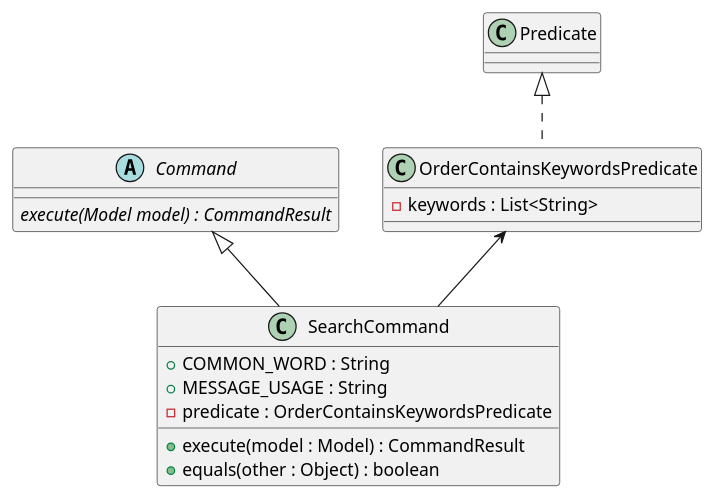
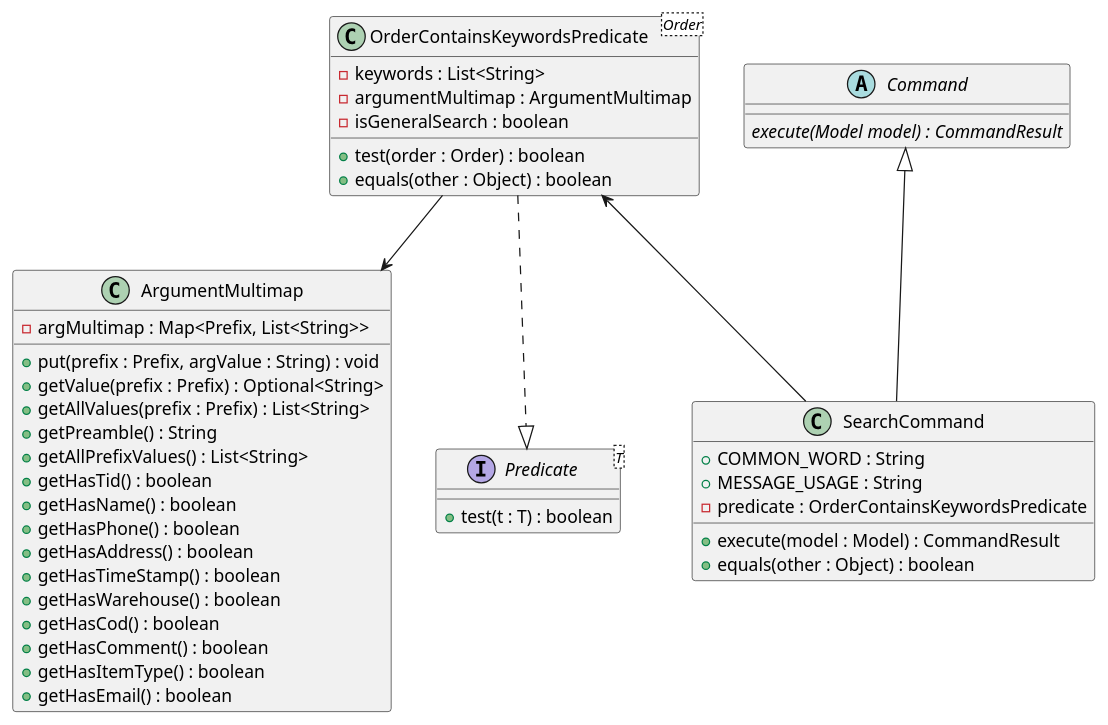
The diagram in docs/diagrams/SearchCommandClassDiagram.puml (nus-cs2103-AY1920S2/addressbook-level3), drawn with PlantUML before and after one commit. The commit also changed 7 other files, not shown here.

Commit message:
DeveloperGuide.adoc: Add sequence diagram and class diagram for Search Command

```diff
--- a/docs/diagrams/SearchCommandClassDiagram.puml
+++ b/docs/diagrams/SearchCommandClassDiagram.puml
@@ -1,33 +1,62 @@
 @startuml
+OrderContainsKeywordsPredicate -down-> ArgumentMultimap
+Command <|-- SearchCommand
+OrderContainsKeywordsPredicate <-down- SearchCommand
+OrderContainsKeywordsPredicate -[dashed]-|> Predicate
 
 abstract class Command {
     {abstract} execute(Model model) : CommandResult
 }
-
-
-Command <|-- SearchCommand
-OrderContainsKeywordsPredicate <-- SearchCommand
 
 class SearchCommand {
 'Fields of SearchCommand
 + COMMON_WORD : String
 + MESSAGE_USAGE : String
 - predicate : OrderContainsKeywordsPredicate
 
 'Methods of SearchCommand
 + execute(model : Model) : CommandResult
 + equals(other : Object) : boolean
 }
 
-class OrderContainsKeywordsPredicate implements Predicate {
+class OrderContainsKeywordsPredicate<Order> {
 'Fields of OrderContainsKeywordsPredicate
 - keywords : List<String>
+- argumentMultimap : ArgumentMultimap
+- isGeneralSearch : boolean
+
+'Methods of OrderContainsKeywordsPredicate
++ test(order : Order) : boolean
++ equals(other : Object) : boolean
 
 }
 
-class Predicate {
+interface Predicate<T> {
+'Interface Methods
++ test(t : T) : boolean
+}
 
+class ArgumentMultimap {
+'Fields of ArgumentMultimap
+- argMultimap : Map<Prefix, List<String>>
+
+'Methods of ArgumentMultimap
++ put(prefix : Prefix, argValue : String) : void
++ getValue(prefix : Prefix) : Optional<String>
++ getAllValues(prefix : Prefix) : List<String>
++ getPreamble() : String
++ getAllPrefixValues() : List<String>
++ getHasTid() : boolean
++ getHasName() : boolean
++ getHasPhone() : boolean
++ getHasAddress() : boolean
++ getHasTimeStamp() : boolean
++ getHasWarehouse() : boolean
++ getHasCod() : boolean
++ getHasComment() : boolean
++ getHasItemType() : boolean
++ getHasEmail() : boolean
 }
 
 
 @enduml
```
